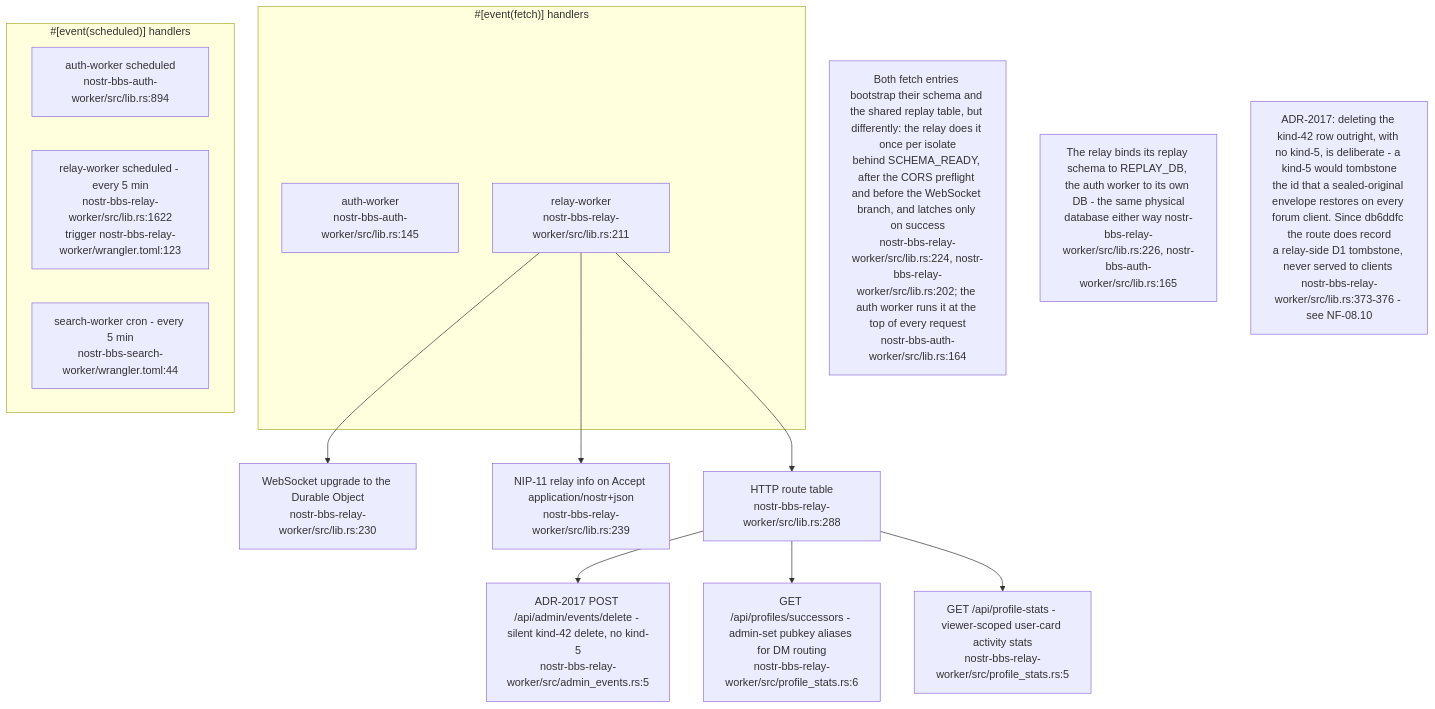
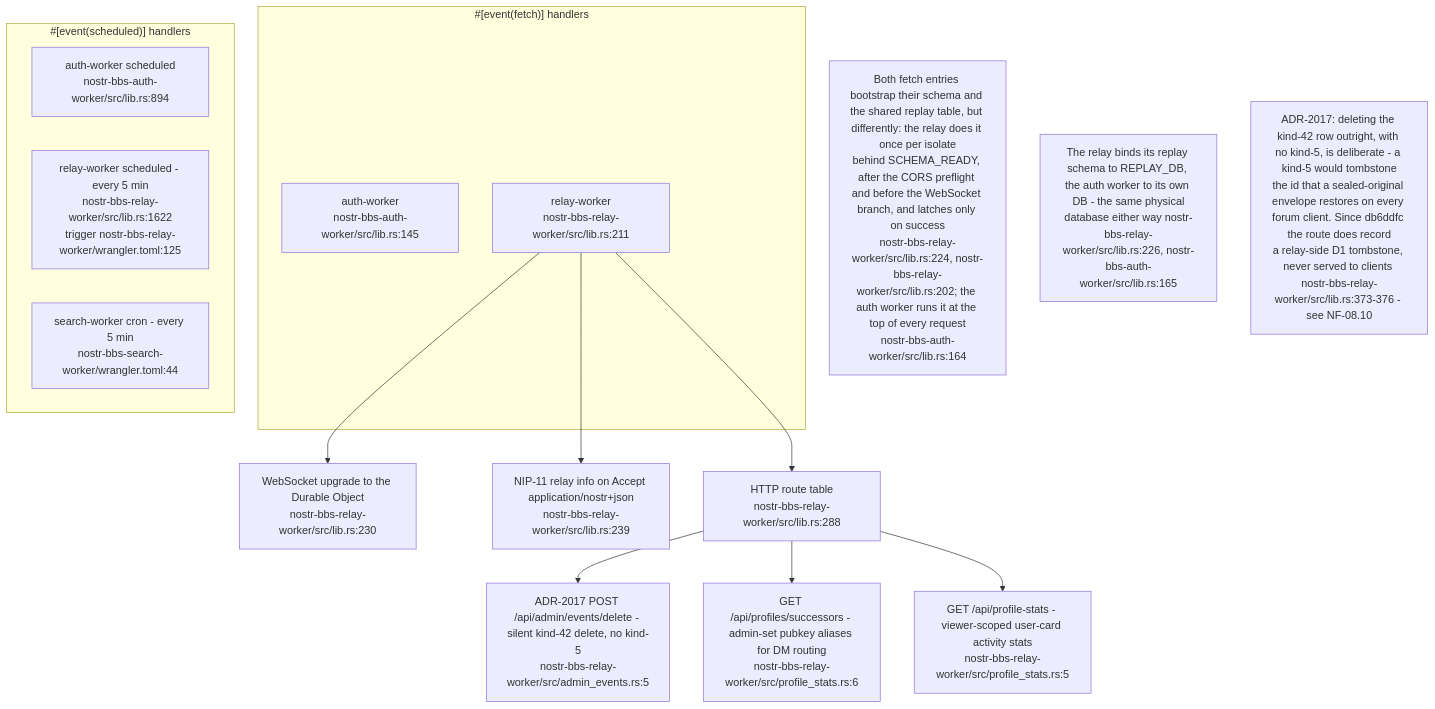
The third of 6 diagrams in docs/diagrams/nostr-rust-forum/01-workspace-and-worker-topology.md (DreamLab-AI/VisionFlow), drawn with Mermaid before and after one commit. The commit also changed other lines of this file and 11 other files, not shown here.

````diff
--- a/docs/diagrams/nostr-rust-forum/01-workspace-and-worker-topology.md
+++ b/docs/diagrams/nostr-rust-forum/01-workspace-and-worker-topology.md
@@ -141,29 +141,29 @@
 ```mermaid
 flowchart TB
     subgraph fetchentry["#[event(fetch)] handlers"]
         A["auth-worker<br/>nostr-bbs-auth-worker/src/lib.rs:145"]
         R["relay-worker<br/>nostr-bbs-relay-worker/src/lib.rs:211"]
     end
     subgraph cronentry["#[event(scheduled)] handlers"]
         AC["auth-worker scheduled<br/>nostr-bbs-auth-worker/src/lib.rs:894"]
-        RC["relay-worker scheduled - every 5 min<br/>nostr-bbs-relay-worker/src/lib.rs:1622<br/>trigger nostr-bbs-relay-worker/wrangler.toml:123"]
+        RC["relay-worker scheduled - every 5 min<br/>nostr-bbs-relay-worker/src/lib.rs:1622<br/>trigger nostr-bbs-relay-worker/wrangler.toml:125"]
         SC["search-worker cron - every 5 min<br/>nostr-bbs-search-worker/wrangler.toml:44"]
     end
     WSUP["WebSocket upgrade to the Durable Object<br/>nostr-bbs-relay-worker/src/lib.rs:230"]
     NIP11["NIP-11 relay info on Accept application/nostr+json<br/>nostr-bbs-relay-worker/src/lib.rs:239"]
     HTTPR["HTTP route table<br/>nostr-bbs-relay-worker/src/lib.rs:288"]
     ADMDEL["ADR-2017 POST /api/admin/events/delete - silent kind-42 delete, no kind-5<br/>nostr-bbs-relay-worker/src/admin_events.rs:5"]
     SUCC["GET /api/profiles/successors - admin-set pubkey aliases for DM routing<br/>nostr-bbs-relay-worker/src/profile_stats.rs:6"]
     PSTATS["GET /api/profile-stats - viewer-scoped user-card activity stats<br/>nostr-bbs-relay-worker/src/profile_stats.rs:5"]
 
     R --> WSUP
     R --> NIP11
     R --> HTTPR
     HTTPR --> ADMDEL
     HTTPR --> SUCC
     HTTPR --> PSTATS
 
     N1["Both fetch entries bootstrap their schema and the shared replay table, but differently: the relay does it once per isolate<br/>behind SCHEMA_READY, after the CORS preflight and before the WebSocket branch, and latches only on success<br/>nostr-bbs-relay-worker/src/lib.rs:224, nostr-bbs-relay-worker/src/lib.rs:202; the auth worker runs it at the top of every request<br/>nostr-bbs-auth-worker/src/lib.rs:164"]
     N2["The relay binds its replay schema to REPLAY_DB, the auth worker to its own DB - the same physical<br/>database either way nostr-bbs-relay-worker/src/lib.rs:226, nostr-bbs-auth-worker/src/lib.rs:165"]
     N3["ADR-2017: deleting the kind-42 row outright, with no kind-5, is deliberate - a kind-5 would tombstone<br/>the id that a sealed-original envelope restores on every forum client. Since db6ddfc the route does record<br/>a relay-side D1 tombstone, never served to clients nostr-bbs-relay-worker/src/lib.rs:373-376 - see NF-08.10"]
 ```
````
